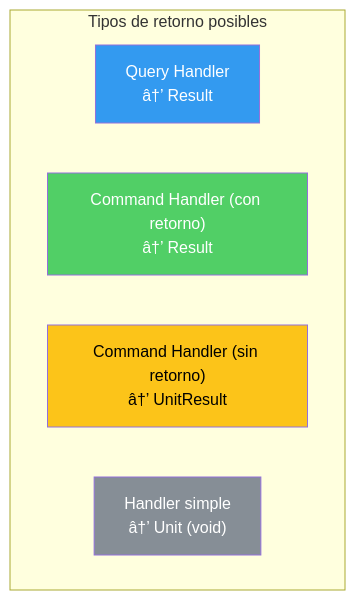
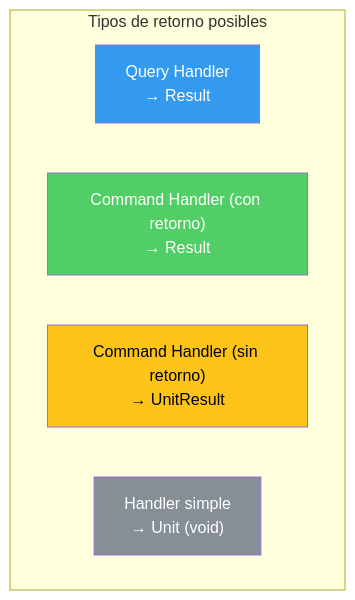
Diagram 19 of 23 in doc/12-cqrs-commands-queries.md (joseluisgs/TiendaDawApi-Cqrs-MediatR-NetCore), drawn with Mermaid before and after one commit. The commit also changed other lines of this file and 27 other files, not shown here.

````diff
--- a/doc/12-cqrs-commands-queries.md
+++ b/doc/12-cqrs-commands-queries.md
@@ -1219,14 +1219,14 @@
 ```mermaid
 flowchart TB
     subgraph "Tipos de retorno posibles"
-        A["Query Handler\nâ†’ Result<T, DomainError>"] 
-        B["Command Handler (con retorno)\nâ†’ Result<T, DomainError>"]
-        C["Command Handler (sin retorno)\nâ†’ UnitResult<DomainError>"]
-        D["Handler simple\nâ†’ Unit (void)"]
+        A["Query Handler\n→ Result<T, DomainError>"] 
+        B["Command Handler (con retorno)\n→ Result<T, DomainError>"]
+        C["Command Handler (sin retorno)\n→ UnitResult<DomainError>"]
+        D["Handler simple\n→ Unit (void)"]
     end
     
     style A fill:#339af0,color:#fff
     style B fill:#51cf66,color:#fff
     style C fill:#fcc419,color:#000
     style D fill:#868e96,color:#fff
 ```
````
